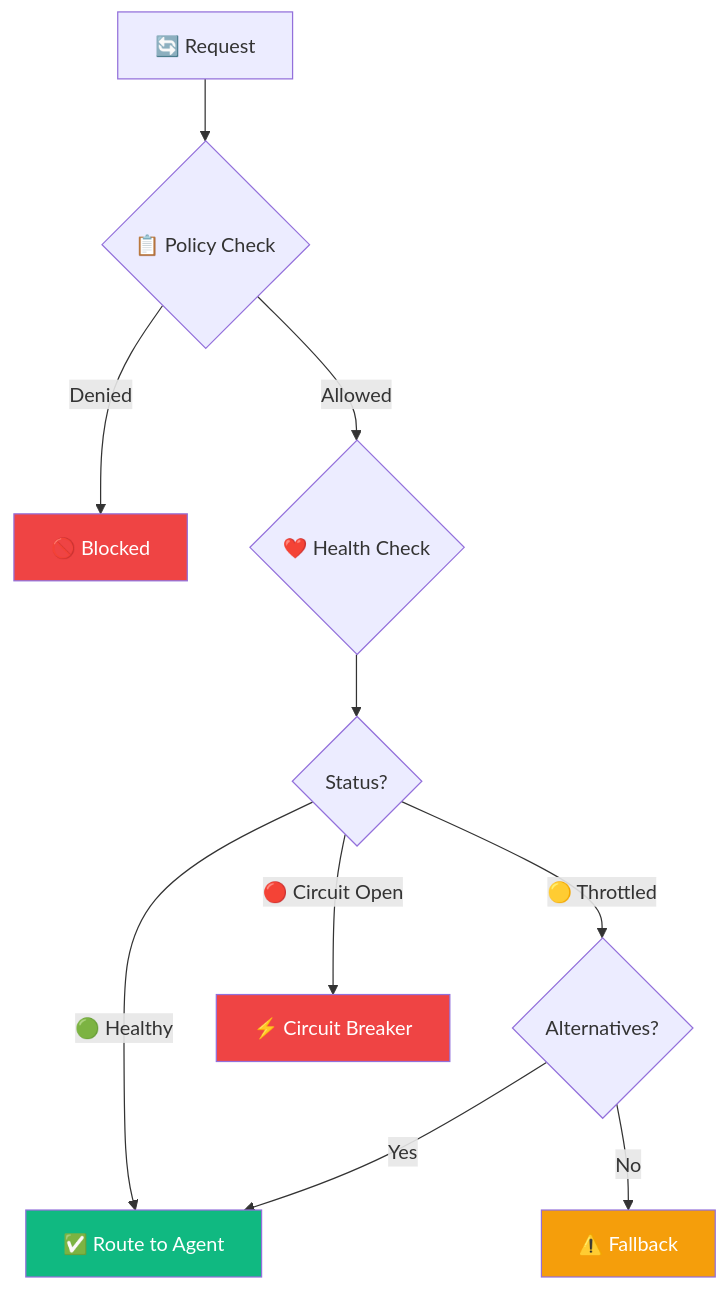
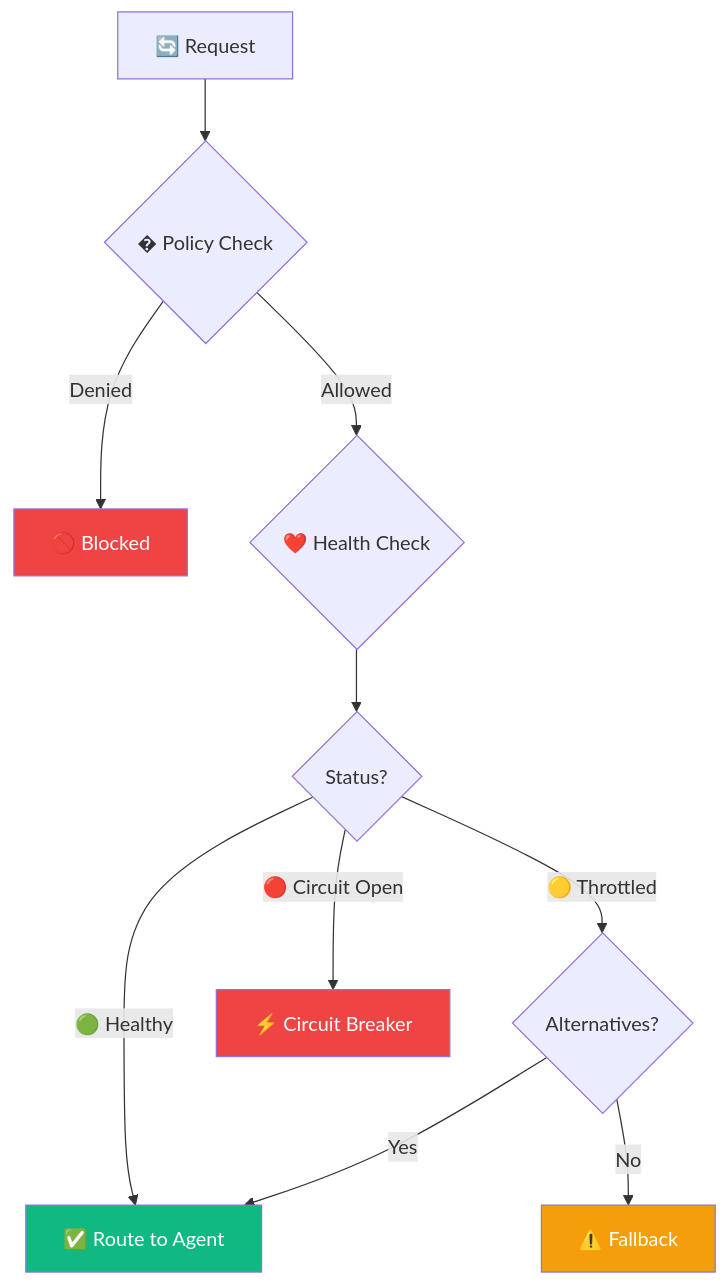
One commit to jnPiyush/AI-Squad changed the fourth of 7 diagrams in README.md. Above: the diagram before and after it, drawn with Mermaid. The commit also changed other lines of this file, not shown here.

````diff
--- a/README.md
+++ b/README.md
@@ -140,19 +141,19 @@
 ```mermaid
 flowchart TD
-    Req[🔄 Request] --> Policy{📋 Policy Check}
+    Req[🔄 Request] --> Policy{�️ Policy Check}
     Policy -->|Denied| Block[🚫 Blocked]
     Policy -->|Allowed| Health{❤️ Health Check}
     
     Health --> Status{Status?}
     Status -->|🟢 Healthy| Route[✅ Route to Agent]
     Status -->|🟡 Throttled| Alt{Alternatives?}
     Status -->|🔴 Circuit Open| CB[⚡ Circuit Breaker]
     
     Alt -->|Yes| Route
     Alt -->|No| Fallback[⚠️ Fallback]
     
     style Route fill:#10b981,color:#fff
     style Block fill:#ef4444,color:#fff
     style CB fill:#ef4444,color:#fff
     style Fallback fill:#f59e0b,color:#fff
 ```
````
